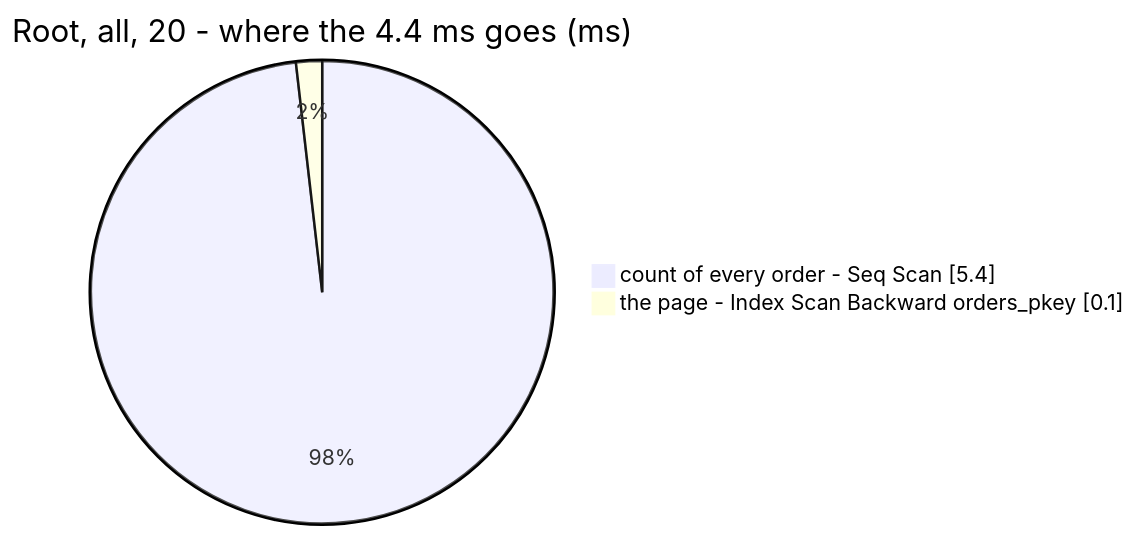
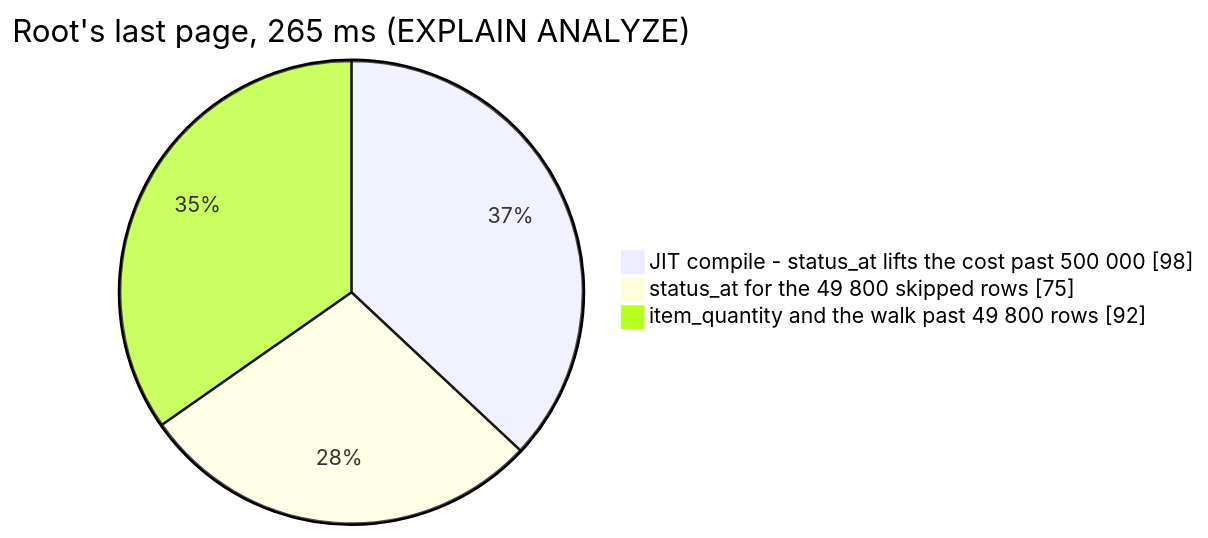
Before and after one commit to pdcgo/warehouse_revamp: the first of 2 diagrams in audits/services/selling_service/performances/OrderList.md, drawn with Mermaid. The commit also changed other lines of this file and 214 other files, not shown here.

````diff
--- a/audits/services/selling_service/performances/OrderList.md
+++ b/audits/services/selling_service/performances/OrderList.md
@@ -14,6 +35,7 @@
 ```mermaid
 pie showData
-    title Root, all, 20 - where the 4.4 ms goes (ms)
-    "count of every order - Seq Scan" : 5.4
-    "the page - Index Scan Backward orders_pkey" : 0.1
+    title Root's last page, 265 ms (EXPLAIN ANALYZE)
+    "JIT compile - status_at lifts the cost past 500 000" : 98
+    "status_at for the 49 800 skipped rows" : 75
+    "item_quantity and the walk past 49 800 rows" : 92
 ```
````
